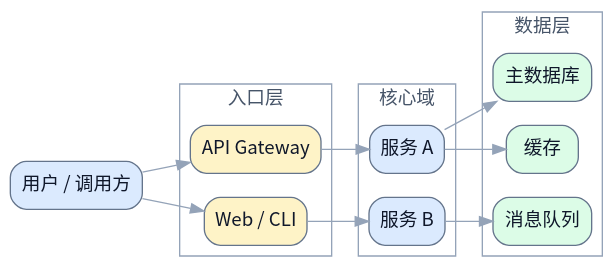
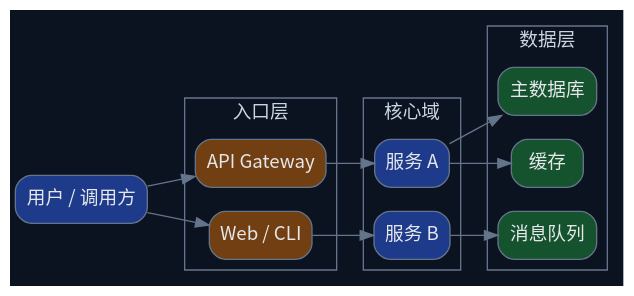
Before and after one commit to terencefan/inority-workspace: the first of 5 diagrams in skills/draw-dot/references/patterns.md, drawn with Graphviz. The commit also changed other lines of this file and 45 other files, not shown here.

````diff
--- a/skills/draw-dot/references/patterns.md
+++ b/skills/draw-dot/references/patterns.md
@@ -7,42 +7,42 @@
 ```dot
 digraph G {
-  graph [fontname="Noto Sans CJK SC", rankdir=LR, bgcolor="transparent"];
-  node [fontname="Noto Sans CJK SC", shape=box, style="rounded,filled", color="#64748b", fontcolor="#0f172a", fillcolor="#f8fafc"];
-  edge [fontname="Noto Sans CJK SC", color="#94a3b8", fontcolor="#94a3b8"];
+  graph [fontname="Noto Sans CJK SC", rankdir=LR, bgcolor="#0b1220"];
+  node [fontname="Noto Sans CJK SC", shape=box, style="rounded,filled", color="#64748b", fontcolor="#e5e7eb", fillcolor="#0f172a"];
+  edge [fontname="Noto Sans CJK SC", color="#64748b", fontcolor="#64748b"];
 
-  user [label="用户 / 调用方", fillcolor="#dbeafe"];
+  user [label="用户 / 调用方", fillcolor="#1e3a8a"];
 
   subgraph cluster_entry {
     label="入口层";
-    color="#94a3b8";
-    fontcolor="#475569";
-    gateway [label="API Gateway", fillcolor="#fef3c7"];
-    web [label="Web / CLI", fillcolor="#fef3c7"];
+    color="#64748b";
+    fontcolor="#cbd5e1";
+    gateway [label="API Gateway", fillcolor="#713f12"];
+    web [label="Web / CLI", fillcolor="#713f12"];
   }
 
   subgraph cluster_core {
     label="核心域";
-    color="#94a3b8";
-    fontcolor="#475569";
-    service_a [label="服务 A", fillcolor="#dbeafe"];
-    service_b [label="服务 B", fillcolor="#dbeafe"];
+    color="#64748b";
+    fontcolor="#cbd5e1";
+    service_a [label="服务 A", fillcolor="#1e3a8a"];
+    service_b [label="服务 B", fillcolor="#1e3a8a"];
   }
 
   subgraph cluster_data {
     label="数据层";
-    color="#94a3b8";
-    fontcolor="#475569";
-    db [label="主数据库", fillcolor="#dcfce7"];
-    cache [label="缓存", fillcolor="#dcfce7"];
-    mq [label="消息队列", fillcolor="#dcfce7"];
+    color="#64748b";
+    fontcolor="#cbd5e1";
+    db [label="主数据库", fillcolor="#14532d"];
+    cache [label="缓存", fillcolor="#14532d"];
+    mq [label="消息队列", fillcolor="#14532d"];
   }
 
   user -> gateway;
   user -> web;
   gateway -> service_a;
   web -> service_b;
   service_a -> db;
   service_a -> cache;
   service_b -> mq;
 }
 ```
````
